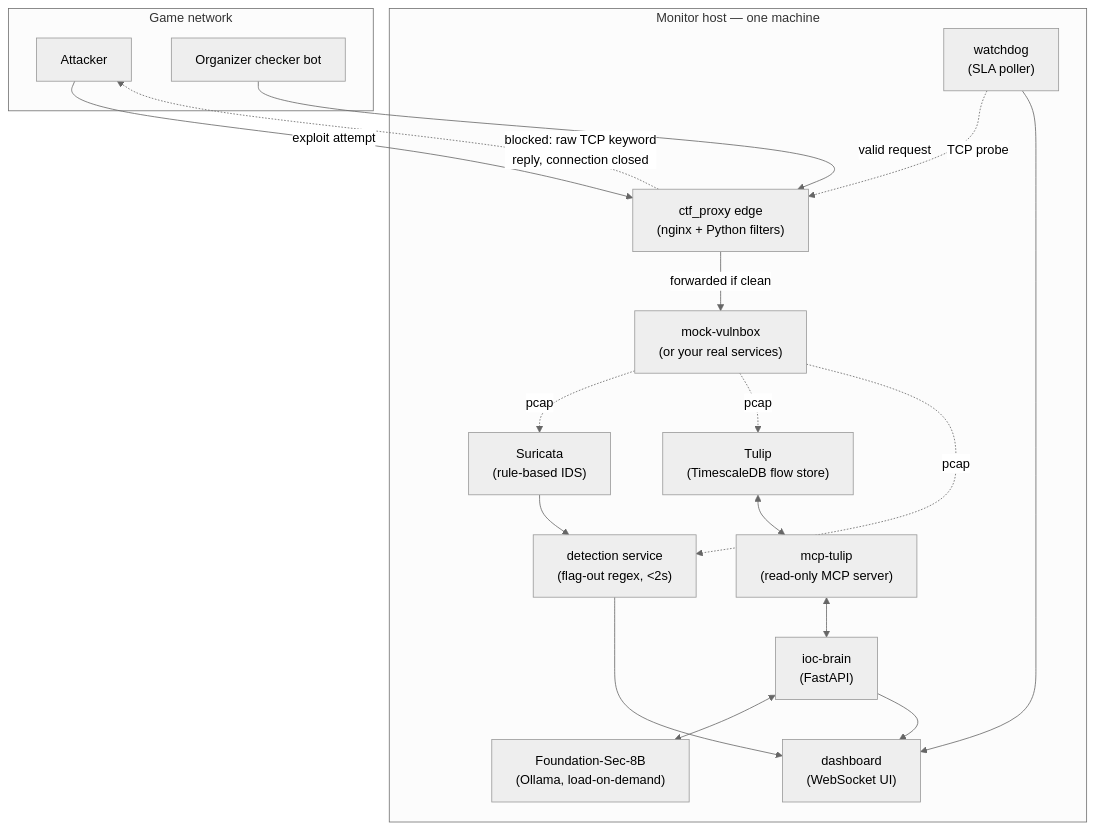
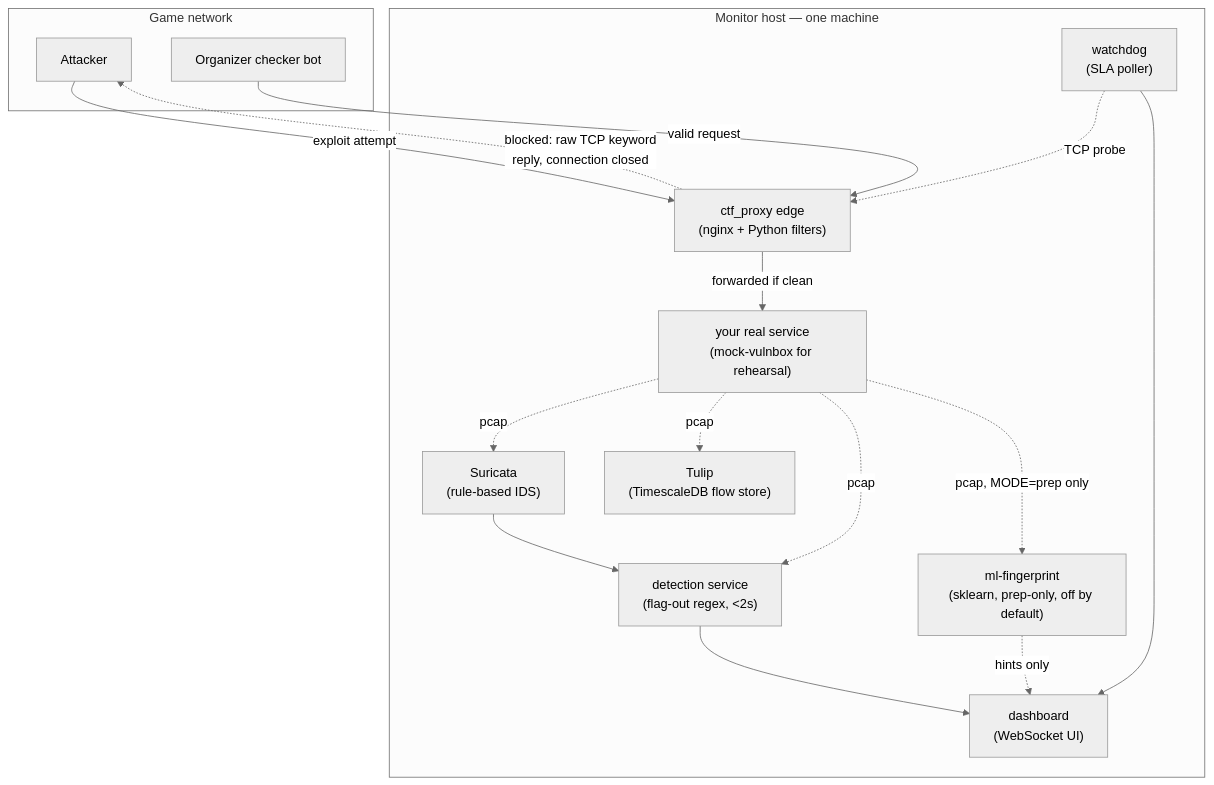
One commit to PoeenCy/llm-defense-setup changed the diagram in README.md. Above: the diagram before and after it, drawn with Mermaid (neutral theme). The commit also changed other lines of this file, not shown here.

First line of the commit message:
Update README for the contest-runtime/prep-only layout and LLM removal

````diff
--- a/README.md
+++ b/README.md
@@ -41,42 +41,37 @@
 ```mermaid
 flowchart TD
     subgraph net ["Game network"]
         Attacker["Attacker"]
         Checker["Organizer checker bot"]
     end
 
     subgraph host ["Monitor host — one machine"]
         Proxy["ctf_proxy edge\n(nginx + Python filters)"]
-        Vulnbox["mock-vulnbox\n(or your real services)"]
+        Vulnbox["your real service\n(mock-vulnbox for rehearsal)"]
 
         Suricata["Suricata\n(rule-based IDS)"]
         Tulip["Tulip\n(TimescaleDB flow store)"]
         Detection["detection service\n(flag-out regex, <2s)"]
 
-        MCP["mcp-tulip\n(read-only MCP server)"]
-        IOCBrain["ioc-brain\n(FastAPI)"]
-        LLM["Foundation-Sec-8B\n(Ollama, load-on-demand)"]
-
         Watchdog["watchdog\n(SLA poller)"]
         Dashboard["dashboard\n(WebSocket UI)"]
+        MLFP["ml-fingerprint\n(sklearn, prep-only, off by default)"]
     end
 
     Attacker -->|exploit attempt| Proxy
     Checker -->|valid request| Proxy
     Proxy -->|forwarded if clean| Vulnbox
     Proxy -.->|blocked: raw TCP keyword\nreply, connection closed| Attacker
 
     Vulnbox -.->|pcap| Suricata
     Vulnbox -.->|pcap| Tulip
     Vulnbox -.->|pcap| Detection
+    Vulnbox -.->|pcap, MODE=prep only| MLFP
 
     Suricata --> Detection
-    Tulip <--> MCP
-    MCP <--> IOCBrain
-    IOCBrain <--> LLM
 
     Watchdog -.->|TCP probe| Proxy
     Detection --> Dashboard
     Watchdog --> Dashboard
-    IOCBrain --> Dashboard
+    MLFP -.->|hints only| Dashboard
 ```
````
